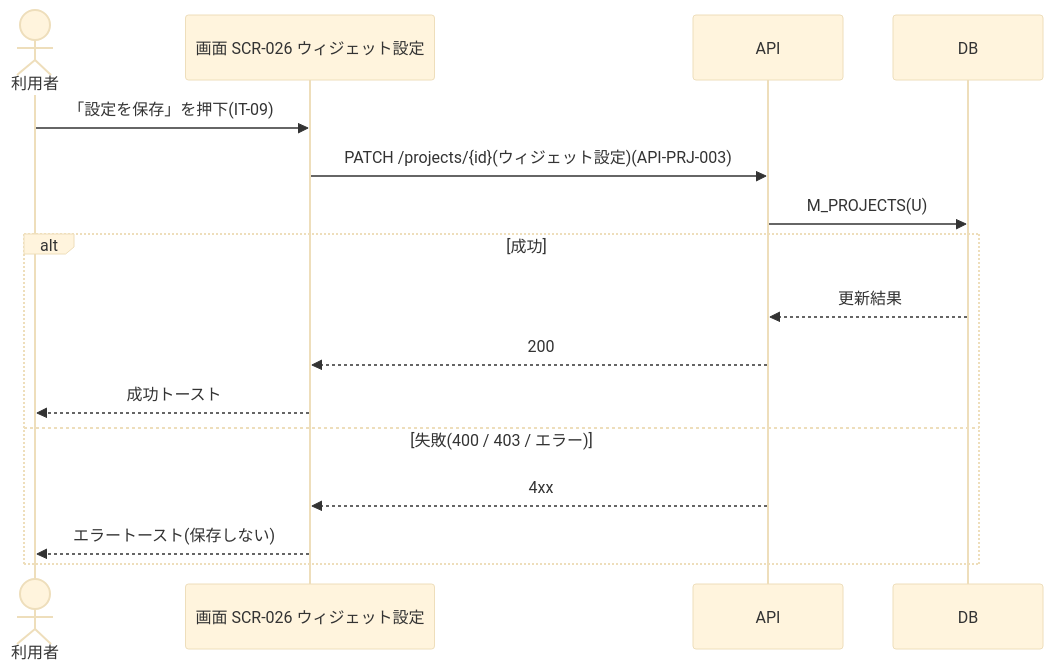
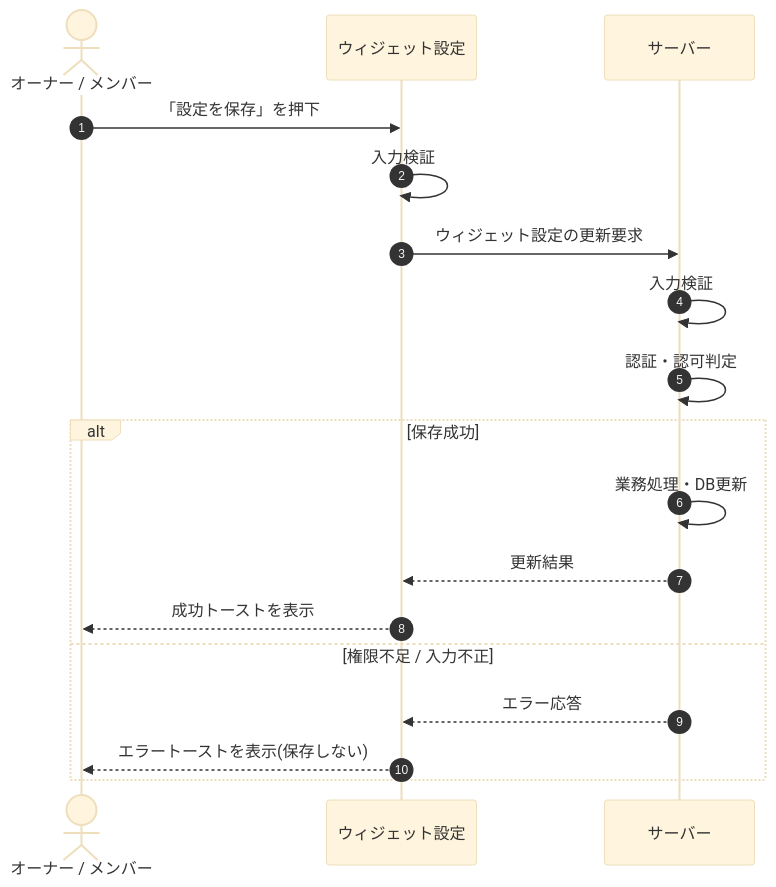
One commit to sikakou54/open-faq changed the diagram in 02_basic_design/05_sequences/SEQ-040.md. Above: the diagram before and after it, drawn with Mermaid (base theme). The commit also changed other lines of this file and 108 other files, not shown here.

First line of the commit message:
基本設計: シーケンス図を基本設計粒度(ユーザー/画面/サーバー)へ再編成

````diff
--- a/02_basic_design/05_sequences/SEQ-040.md
+++ b/02_basic_design/05_sequences/SEQ-040.md
@@ -25,18 +32,20 @@
 ```mermaid
 sequenceDiagram
-  actor U as 利用者
-  participant S as 画面 SCR-026 ウィジェット設定
-  participant API as API
-  participant DB as DB
-  U->>S: 「設定を保存」を押下(IT-09)
-  S->>API: PATCH /projects/{id}(ウィジェット設定)(API-PRJ-003)
-  API->>DB: M_PROJECTS(U)
-  alt 成功
-    DB-->>API: 更新結果
-    API-->>S: 200
-    S-->>U: 成功トースト
-  else 失敗(400 / 403 / エラー)
-    API-->>S: 4xx
-    S-->>U: エラートースト(保存しない)
+  autonumber
+  actor U as オーナー / メンバー
+  participant Screen as ウィジェット設定
+  participant Server as サーバー
+  U->>Screen: 「設定を保存」を押下
+  Screen->>Screen: 入力検証
+  Screen->>Server: ウィジェット設定の更新要求
+  Server->>Server: 入力検証
+  Server->>Server: 認証・認可判定
+  alt 保存成功
+    Server->>Server: 業務処理・DB更新
+    Server-->>Screen: 更新結果
+    Screen-->>U: 成功トーストを表示
+  else 権限不足 / 入力不正
+    Server-->>Screen: エラー応答
+    Screen-->>U: エラートーストを表示(保存しない)
   end
 ```
````
